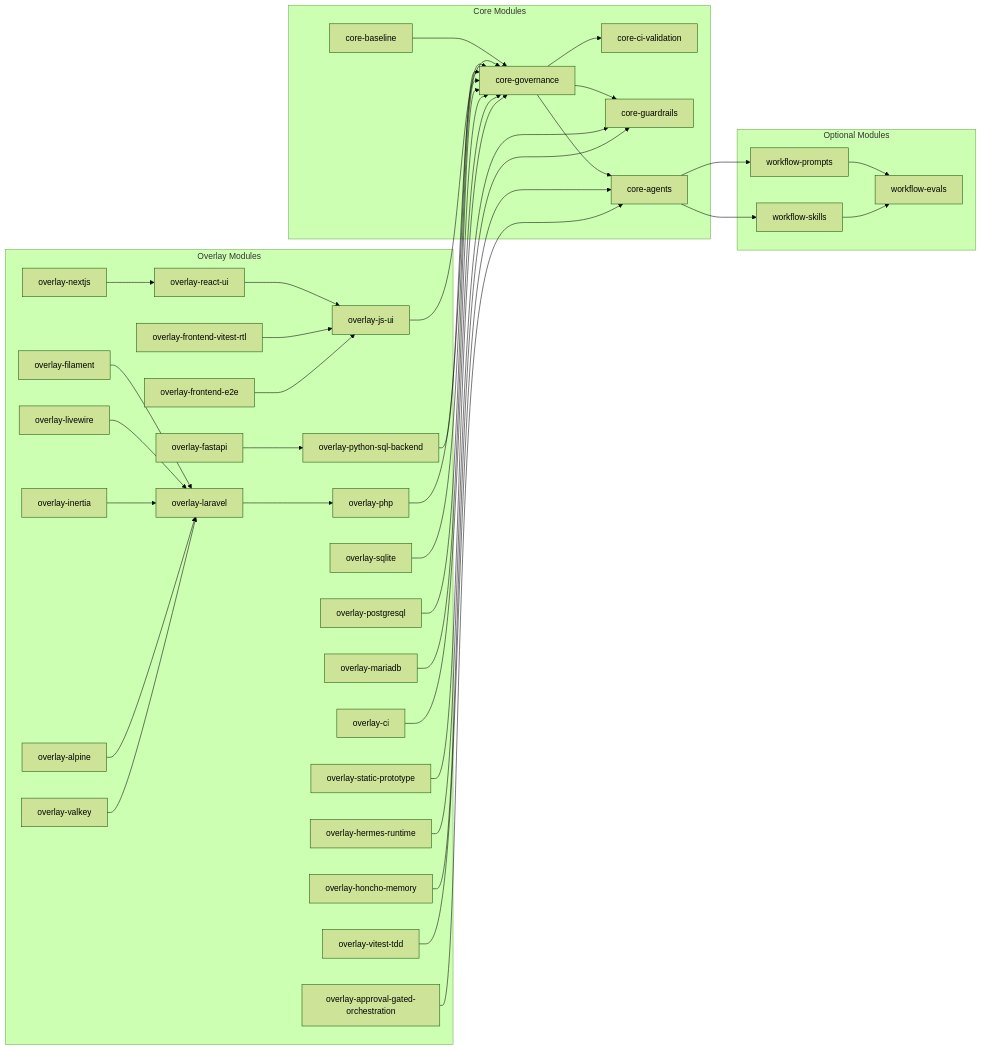
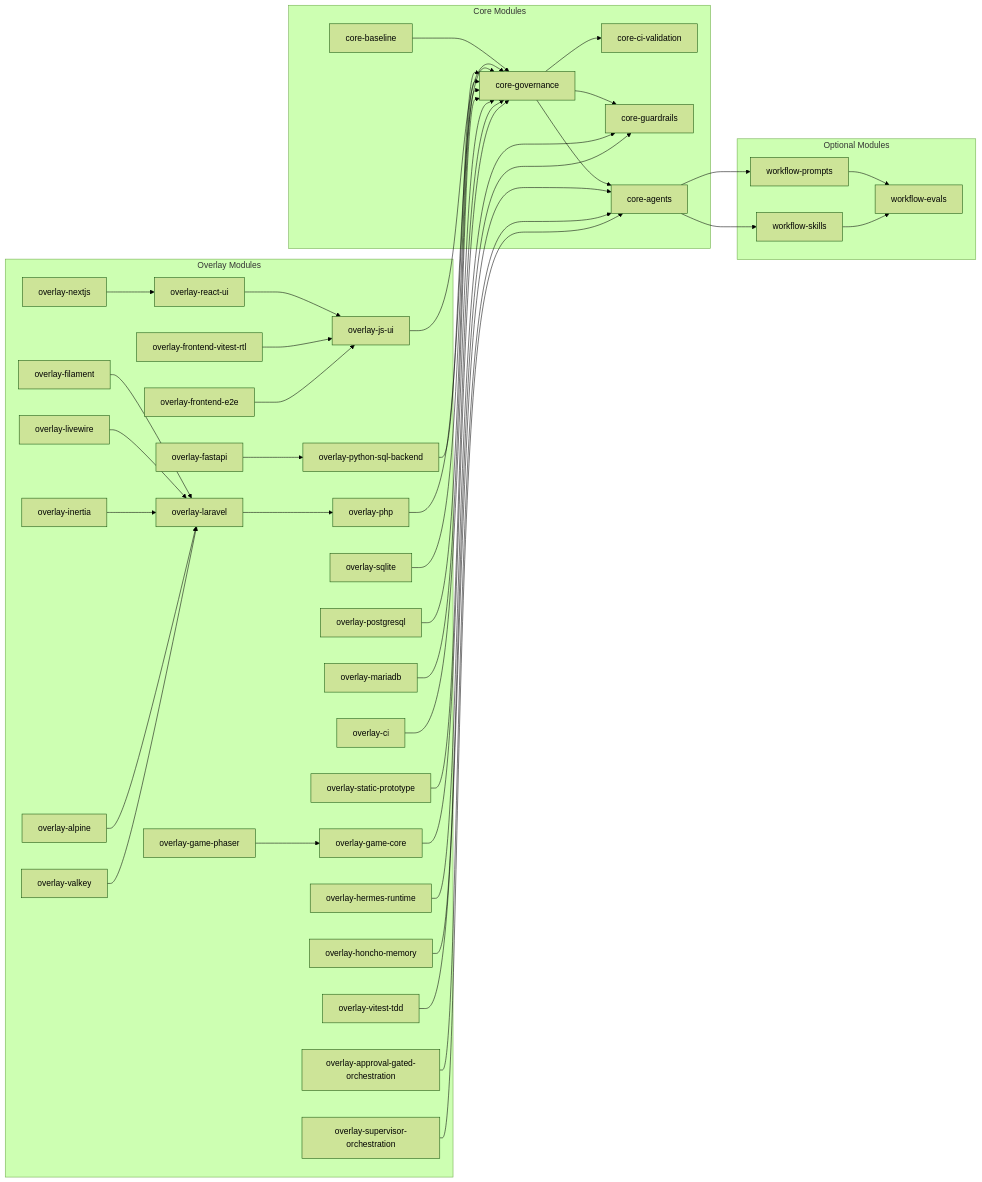
One commit to psyk01337/Agentic-Development-Starter changed the second of 10 diagrams in docs/ARCHITECTURE.md. Above: the diagram before and after it, drawn with Mermaid (forest theme). The commit also changed other lines of this file and 55 other files, not shown here.

````diff
--- a/docs/ARCHITECTURE.md
+++ b/docs/ARCHITECTURE.md
@@ -66,74 +66,80 @@
 ```mermaid
 graph LR
     subgraph "Core Modules"
         CB[core-baseline]
         CG[core-governance]
         CC[core-ci-validation]
         CD[core-guardrails]
         CE[core-agents]
     end
 
     subgraph "Optional Modules"
         WP[workflow-prompts]
         WS[workflow-skills]
         WE[workflow-evals]
     end
 
     subgraph "Overlay Modules"
         OJS[overlay-js-ui]
         ORU[overlay-react-ui]
         ONJ[overlay-nextjs]
         OFV[overlay-frontend-vitest-rtl]
         OFE[overlay-frontend-e2e]
         OPS[overlay-python-sql-backend]
         OFA[overlay-fastapi]
         OPH[overlay-php]
         OLV[overlay-laravel]
         OFI[overlay-filament]
         OLW[overlay-livewire]
         OIN[overlay-inertia]
         OAL[overlay-alpine]
         OVK[overlay-valkey]
         OSQ[overlay-sqlite]
         OPG[overlay-postgresql]
         OMA[overlay-mariadb]
         OVT[overlay-vitest-tdd]
         OAG[overlay-approval-gated-orchestration]
         OHR[overlay-hermes-runtime]
         OHM[overlay-honcho-memory]
         OCI[overlay-ci]
         OST[overlay-static-prototype]
+        OGC[overlay-game-core]
+        OGP[overlay-game-phaser]
+        OSO[overlay-supervisor-orchestration]
     end
 
     CB --> CG
     CG --> CC
     CG --> CD
     CG --> CE
     CE --> WP
     CE --> WS
     WP --> WE
     WS --> WE
     OJS --> CG
     ORU --> OJS
     ONJ --> ORU
     OFV --> OJS
     OFE --> OJS
     OPS --> CG
     OFA --> OPS
     OPH --> CG
     OLV --> OPH
     OFI --> OLV
     OLW --> OLV
     OIN --> OLV
     OAL --> OLV
     OVK --> OLV
     OSQ --> CG
     OPG --> CG
     OMA --> CG
     OVT --> CE
     OAG --> CE
+    OSO --> CE
     OHR --> CD
     OHM --> CD
     OCI --> CG
     OST --> CG
+    OGC --> CG
+    OGP --> OGC
 ```
````
